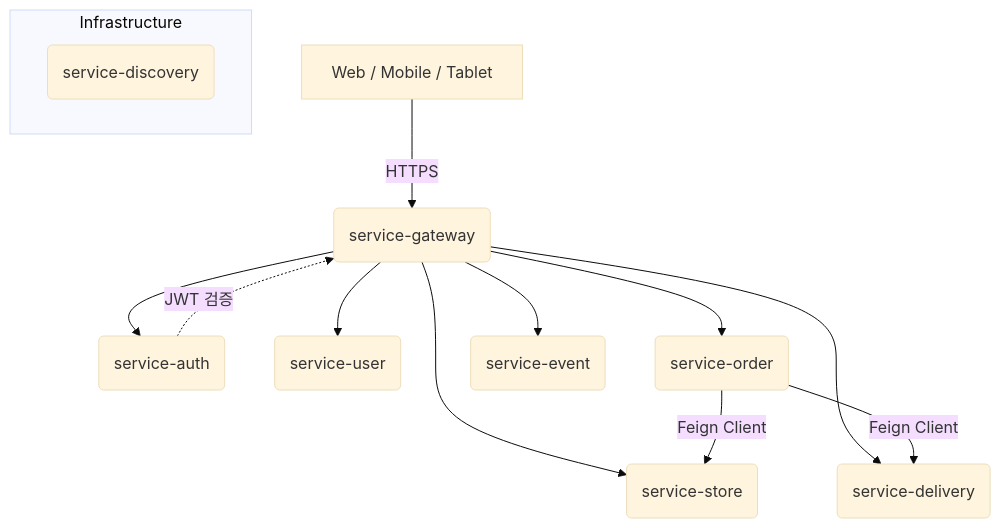
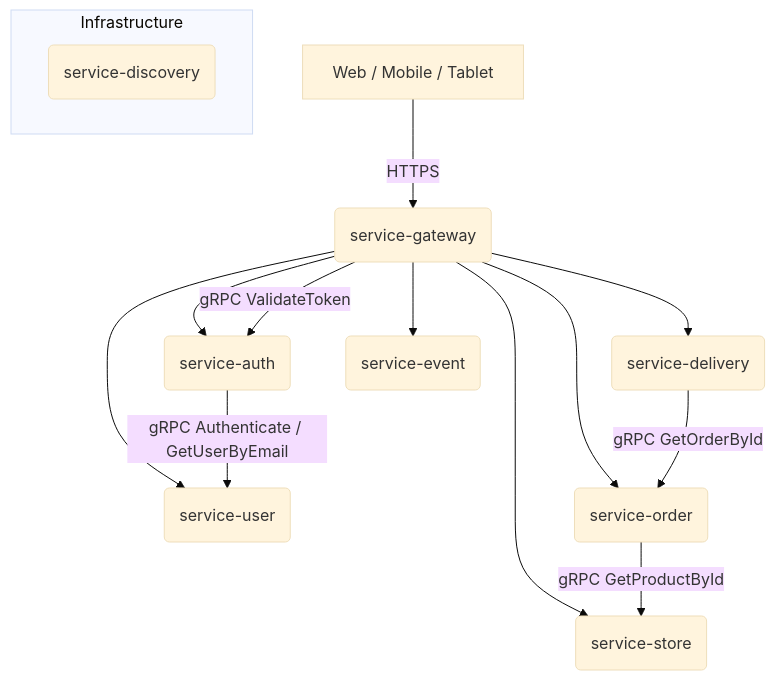
The diagram in docs/02_System_Architecture.md (steveve14/FoodDeliveryAndIntegratedStoreManagementSystem), drawn with Mermaid (base theme) before and after one commit. The commit also changed other lines of this file and 677 other files, not shown here.

````diff
--- a/docs/02_System_Architecture.md
+++ b/docs/02_System_Architecture.md
@@ -5,19 +7,20 @@
 ```mermaid
 graph TD
     Client[Web / Mobile / Tablet] -->|HTTPS| Gateway(service-gateway)
-    
+
     subgraph Infrastructure
         Eureka(service-discovery)
     end
-    
+
     Gateway --> Auth(service-auth)
     Gateway --> User(service-user)
     Gateway --> Store(service-store)
     Gateway --> Order(service-order)
     Gateway --> Delivery(service-delivery)
     Gateway --> Event(service-event)
-    
-    Auth -.->|JWT 검증| Gateway
-    Order -->|Feign Client| Store
-    Order -->|Feign Client| Delivery
+
+    Gateway -->|gRPC ValidateToken| Auth
+    Auth -->|gRPC Authenticate / GetUserByEmail| User
+    Order -->|gRPC GetProductById| Store
+    Delivery -->|gRPC GetOrderById| Order
 ```
````
